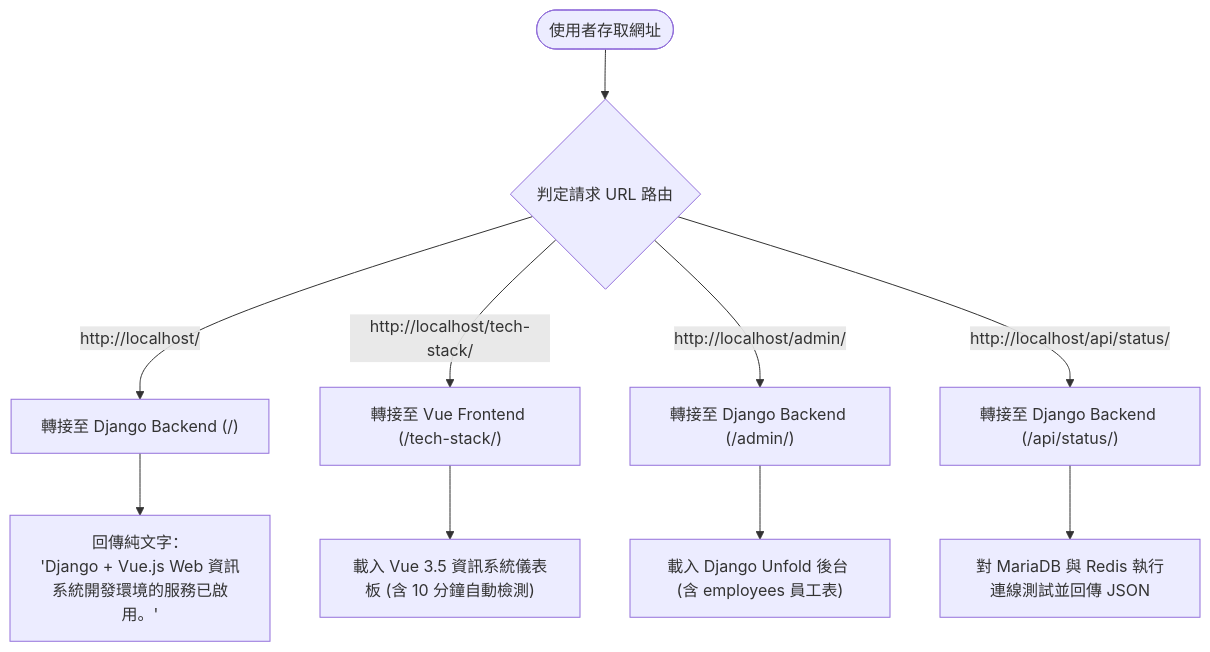
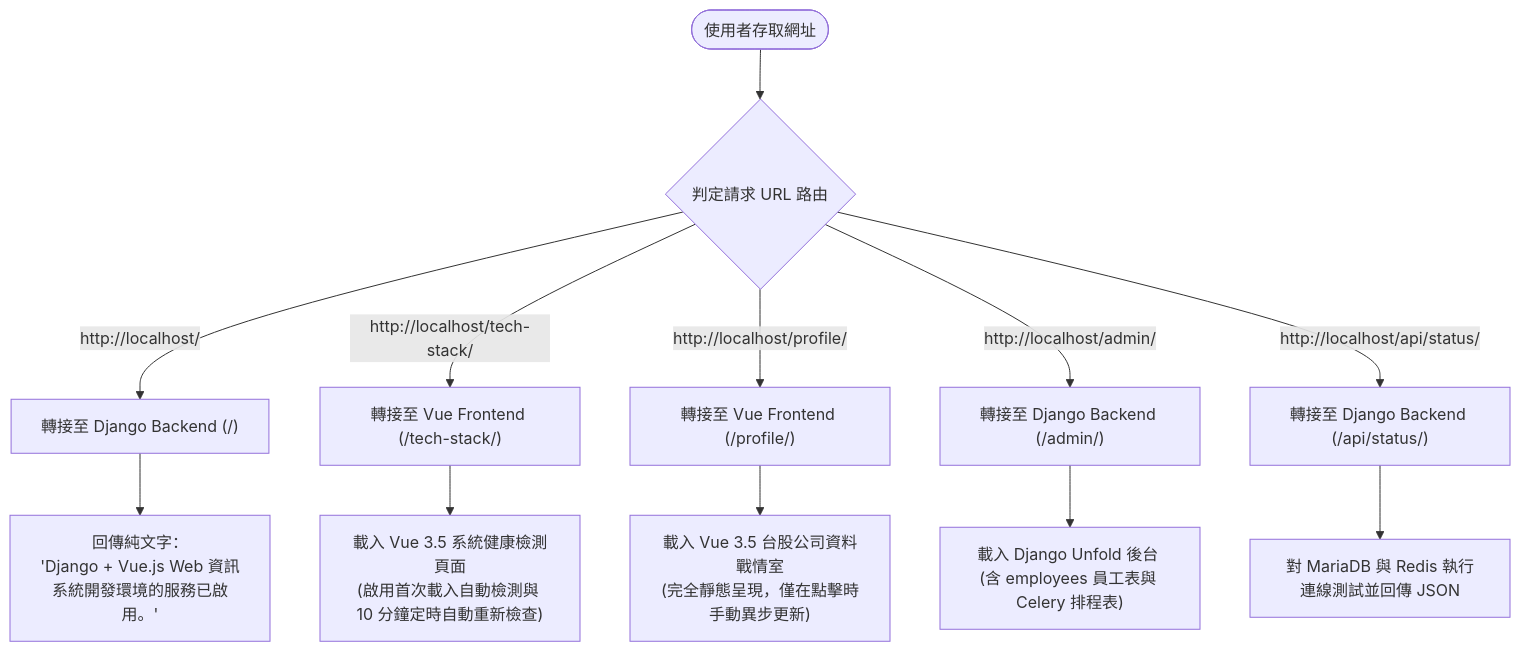
The second of 2 diagrams in README.md (dengkaitraining/financial-information), drawn with Mermaid before and after one commit. The commit also changed other lines of this file and 8 other files, not shown here.

````diff
--- a/README.md
+++ b/README.md
@@ -86,16 +95,19 @@
 ```mermaid
 flowchart TD
     Start(["使用者存取網址"]) --> CheckURL{"判定請求 URL 路由"}
 
     CheckURL -->|http://localhost/| RootRoute["轉接至 Django Backend (/)"]
     RootRoute --> ResRoot["回傳純文字：<br/>'Django + Vue.js Web 資訊系統開發環境的服務已啟用。'"]
 
     CheckURL -->|http://localhost/tech-stack/| VueRoute["轉接至 Vue Frontend (/tech-stack/)"]
-    VueRoute --> VueApp["載入 Vue 3.5 資訊系統儀表板 (含 10 分鐘自動檢測)"]
+    VueRoute --> VueApp["載入 Vue 3.5 系統健康檢測頁面<br/>(啟用首次載入自動檢測與 10 分鐘定時自動重新檢查)"]
+
+    CheckURL -->|http://localhost/profile/| VueProfileRoute["轉接至 Vue Frontend (/profile/)"]
+    VueProfileRoute --> VueProfile["載入 Vue 3.5 台股公司資料戰情室<br/>(完全靜態呈現，僅在點擊時手動異步更新)"]
 
     CheckURL -->|http://localhost/admin/| AdminRoute["轉接至 Django Backend (/admin/)"]
-    AdminRoute --> UnfoldUI["載入 Django Unfold 後台 (含 employees 員工表)"]
+    AdminRoute --> UnfoldUI["載入 Django Unfold 後台 (含 employees 員工表與 Celery 排程表)"]
 
     CheckURL -->|http://localhost/api/status/| APIRoute["轉接至 Django Backend (/api/status/)"]
     APIRoute --> ResJSON["對 MariaDB 與 Redis 執行連線測試並回傳 JSON"]
 ```
````
